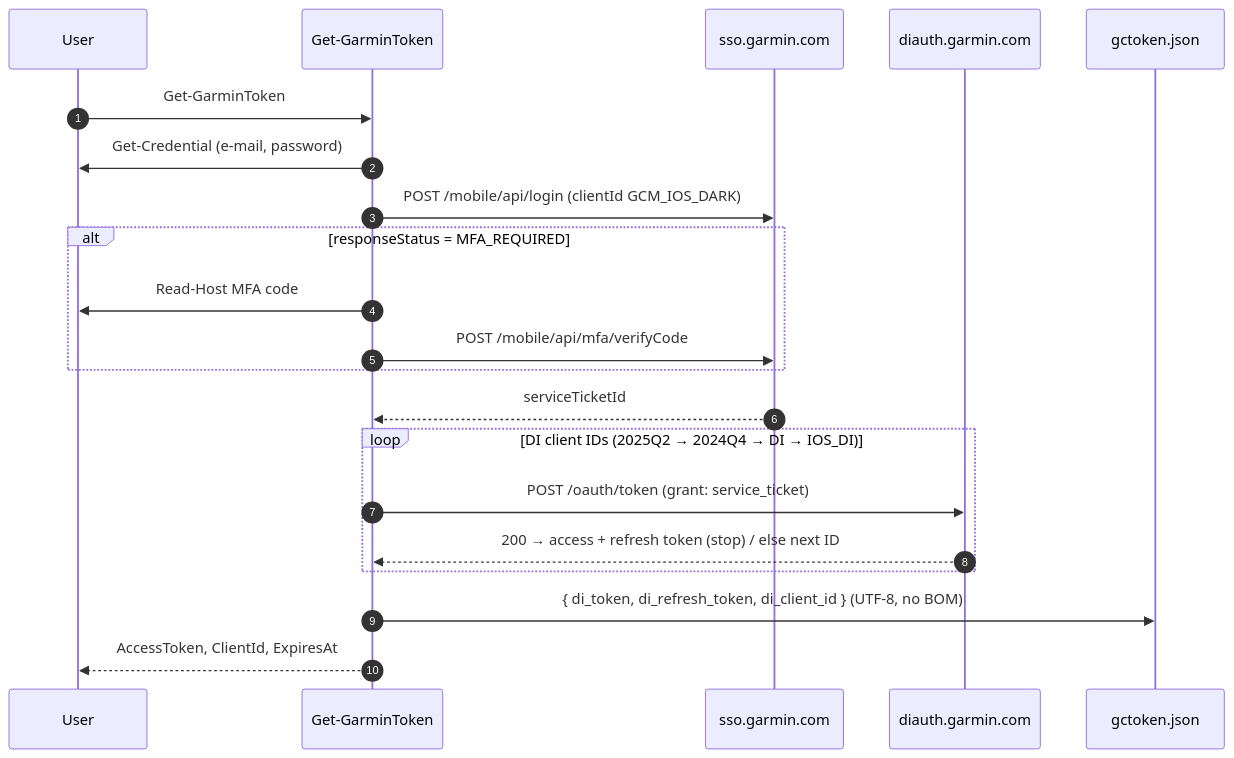
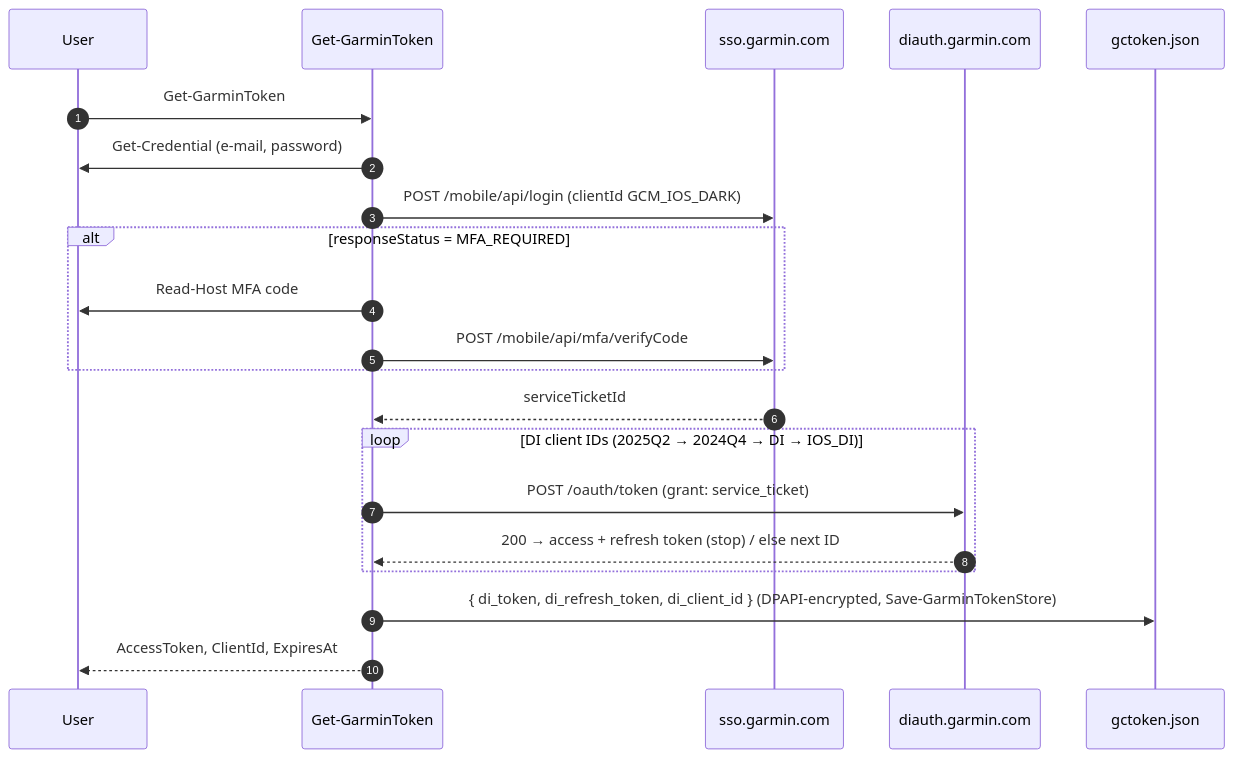
The third of 7 diagrams in Docs/Architecture.md (HerrHozi/GCCare), drawn with Mermaid before and after one commit. The commit also changed other lines of this file and 8 other files, not shown here.

Commit message:
2026.11.1.800 | Feature: EncrpyptGarminTokenFile - see also readme.md or changeLog.md

````diff
--- a/Docs/Architecture.md
+++ b/Docs/Architecture.md
@@ -140,24 +140,24 @@
 ```mermaid
 sequenceDiagram
     autonumber
     participant U as User
     participant GT as Get-GarminToken
     participant SSO as sso.garmin.com
     participant DI as diauth.garmin.com
     participant FS as gctoken.json
 
     U->>GT: Get-GarminToken
     GT->>U: Get-Credential (e-mail, password)
     GT->>SSO: POST /mobile/api/login (clientId GCM_IOS_DARK)
     alt responseStatus = MFA_REQUIRED
         GT->>U: Read-Host MFA code
         GT->>SSO: POST /mobile/api/mfa/verifyCode
     end
     SSO-->>GT: serviceTicketId
     loop DI client IDs (2025Q2 → 2024Q4 → DI → IOS_DI)
         GT->>DI: POST /oauth/token (grant: service_ticket)
         DI-->>GT: 200 → access + refresh token (stop) / else next ID
     end
-    GT->>FS: { di_token, di_refresh_token, di_client_id } (UTF-8, no BOM)
+    GT->>FS: { di_token, di_refresh_token, di_client_id } (DPAPI-encrypted, Save-GarminTokenStore)
     GT-->>U: AccessToken, ClientId, ExpiresAt
 ```
````
